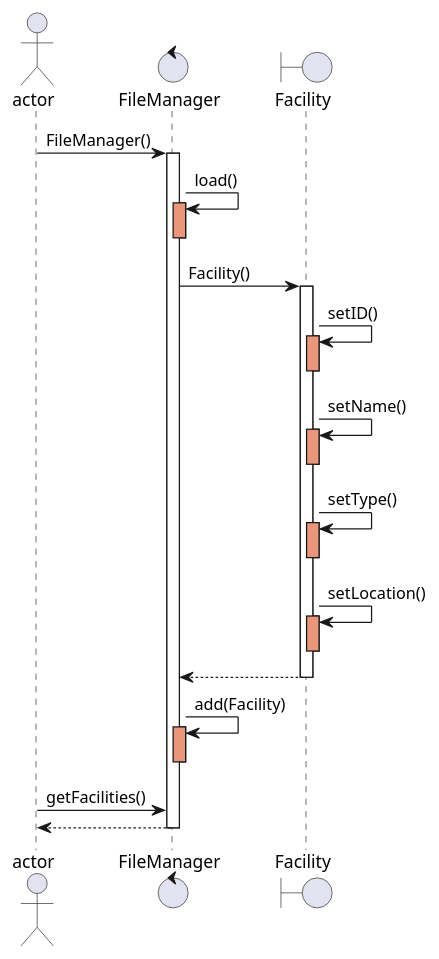
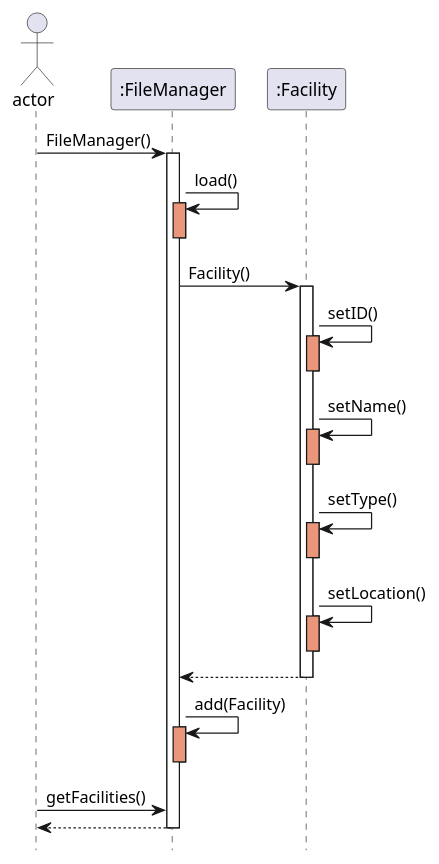
One commit to zhangyongzhe20/tp changed the diagram in docs/assets/loadData.puml. Above: the diagram before and after it, drawn with PlantUML.

Commit message:
Modified the icon in PlantUML

```diff
--- a/docs/assets/loadData.puml
+++ b/docs/assets/loadData.puml
@@ -1,32 +1,36 @@
 @startuml
+
+hide circle
+
 actor       actor       as Foo1
-control     FileManager     as FM
-boundary    Facility    as Facility
+participant     ":FileManager"     as FM
+participant    ":Facility"    as Facility
+hide footbox
 Foo1 -> FM : FileManager()
 activate FM
 FM -> FM : load()
 activate FM #DarkSalmon
 deactivate FM
 FM -> Facility : Facility()
 activate Facility
 Facility -> Facility : setID()
 activate Facility #DarkSalmon
 deactivate Facility
 Facility -> Facility : setName()
 activate Facility #DarkSalmon
 deactivate Facility
 Facility -> Facility : setType()
 activate Facility #DarkSalmon
 deactivate Facility
 Facility -> Facility : setLocation()
 activate Facility #DarkSalmon
 deactivate Facility
 Facility --> FM
 deactivate Facility
 FM -> FM : add(Facility)
 activate FM #DarkSalmon
 deactivate FM
 Foo1 -> FM : getFacilities()
 FM --> Foo1
 deactivate FM
 @enduml
```
